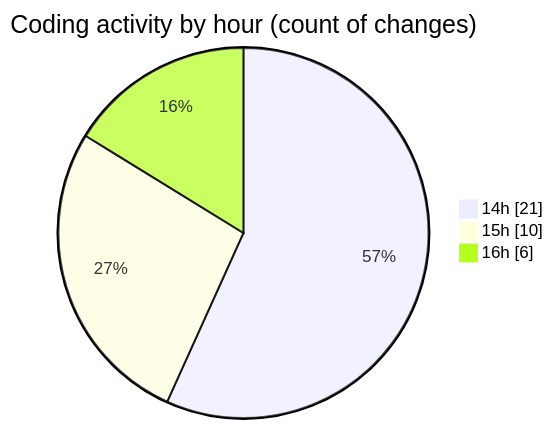
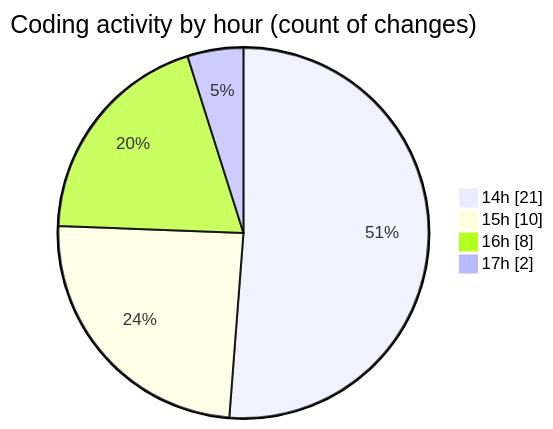
Before and after one commit to momahboobian/code-tracking: the second of 2 diagrams in 2025-01-25/samplepdf/README.md, drawn with Mermaid. The commit also changed other lines of this file and 1 other file, not shown here.

````diff
--- a/2025-01-25/samplepdf/README.md
+++ b/2025-01-25/samplepdf/README.md
@@ -37,7 +37,8 @@
 ```mermaid
 pie showData
 title Coding activity by hour (count of changes)
 "14h" : 21
 "15h" : 10
-"16h" : 6
+"16h" : 8
+"17h" : 2
 ```
````
